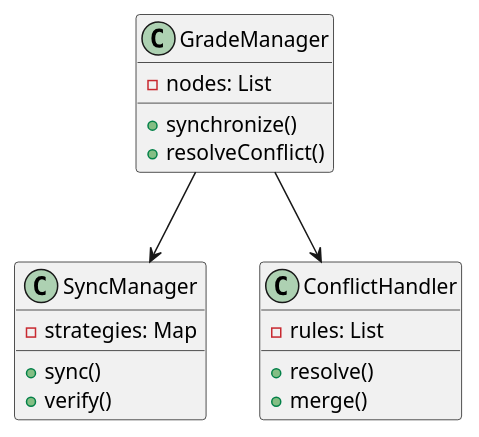
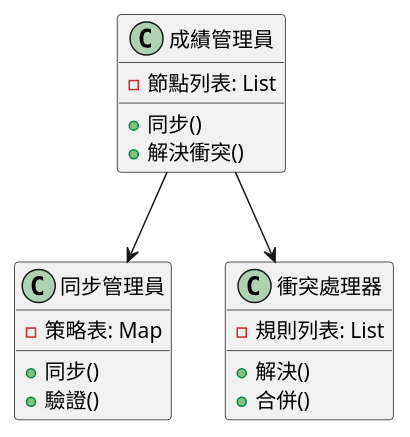
Before and after one commit to fine5351/info-sync: the second of 3 diagrams in doc/learning/architecture/eventual_consistency_tutorial.md, drawn with PlantUML. The commit also changed other lines of this file and 35 other files, not shown here.

````diff
--- a/doc/learning/architecture/eventual_consistency_tutorial.md
+++ b/doc/learning/architecture/eventual_consistency_tutorial.md
@@ -195,24 +195,24 @@
 ```plantuml
 @startuml
-class GradeManager {
-    - nodes: List
-    + synchronize()
-    + resolveConflict()
+class 成績管理員 {
+    - 節點列表: List
+    + 同步()
+    + 解決衝突()
 }
 
-class SyncManager {
-    - strategies: Map
-    + sync()
-    + verify()
+class 同步管理員 {
+    - 策略表: Map
+    + 同步()
+    + 驗證()
 }
 
-class ConflictHandler {
-    - rules: List
-    + resolve()
-    + merge()
+class 衝突處理器 {
+    - 規則列表: List
+    + 解決()
+    + 合併()
 }
 
-GradeManager --> SyncManager
-GradeManager --> ConflictHandler
+成績管理員 --> 同步管理員
+成績管理員 --> 衝突處理器
 @enduml
 ```
````
